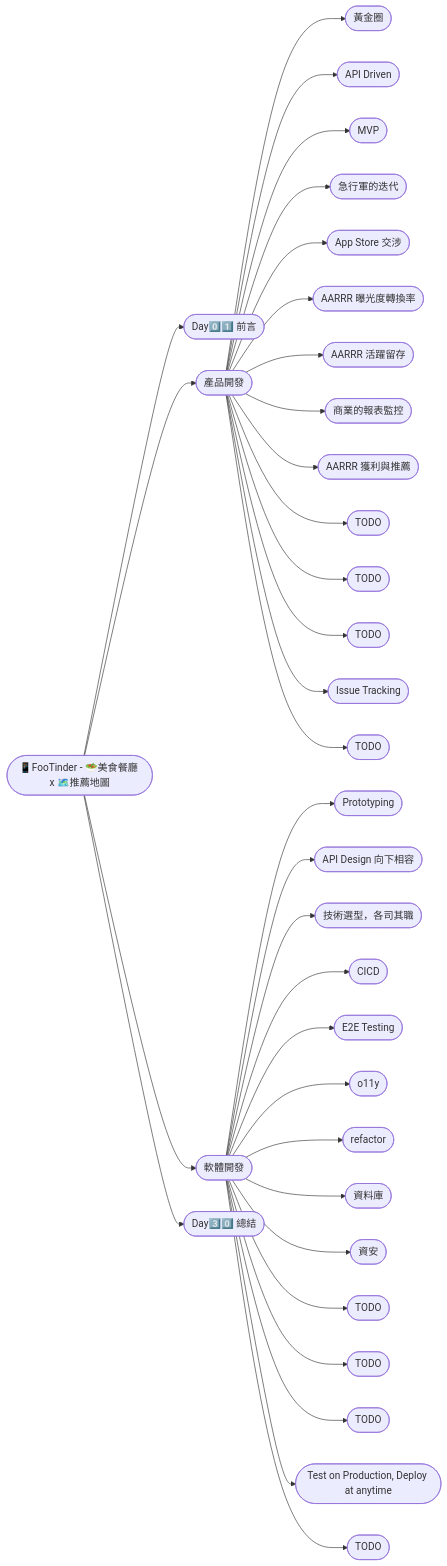
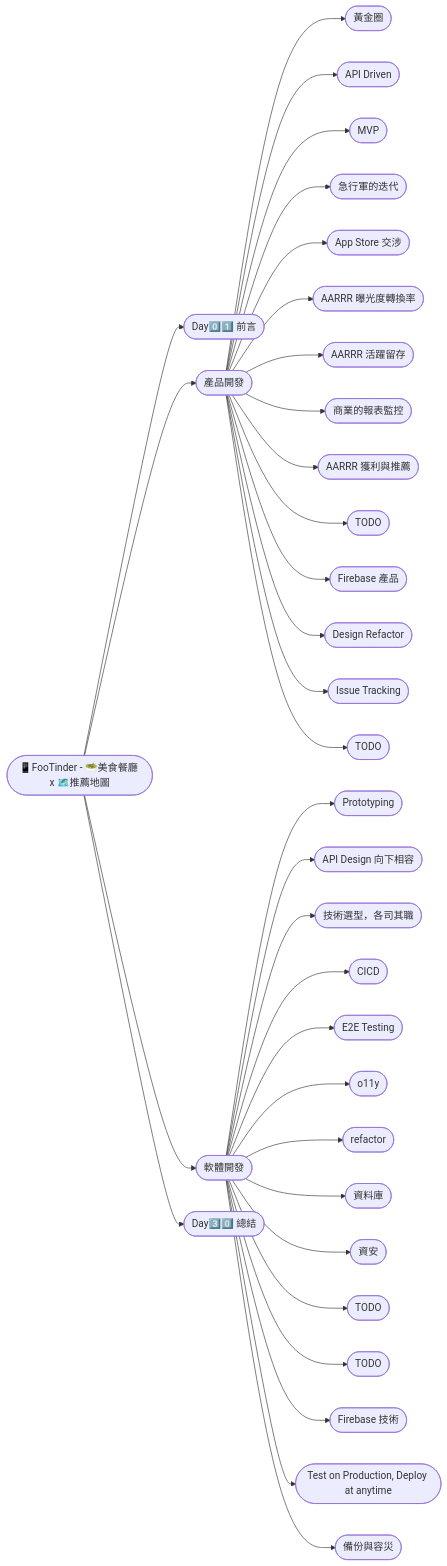
The diagram in README.md (PureFuncInc/FooTinder-iThome-2023), drawn with Mermaid before and after one commit.

Commit message:
#️⃣ Update README.md

````diff
--- a/README.md
+++ b/README.md
@@ -4,35 +4,35 @@
 ```mermaid
 graph LR;
 id0(["📱FooTinder - 🥗美食餐廳 x 🗺️推薦地圖"])-->id1(["Day0️⃣1️⃣ 前言"]);
 id0(["📱FooTinder - 🥗美食餐廳 x 🗺️推薦地圖"])-->id200(["產品開發"]);
 id200(["產品開發"])-->id2(["黃金圈"])
 id200(["產品開發"])-->id4(["API Driven"])
 id200(["產品開發"])-->id6(["MVP"])
 id200(["產品開發"])-->id8(["急行軍的迭代"])
 id200(["產品開發"])-->id10(["App Store 交涉"])
 id200(["產品開發"])-->id12(["AARRR 曝光度轉換率"])
 id200(["產品開發"])-->id14(["AARRR 活躍留存"])
 id200(["產品開發"])-->id16(["商業的報表監控"])
 id200(["產品開發"])-->id18(["AARRR 獲利與推薦"])
 id200(["產品開發"])-->id20(["TODO"])
-id200(["產品開發"])-->id22(["TODO"])
-id200(["產品開發"])-->id24(["TODO"])
+id200(["產品開發"])-->id22(["Firebase 產品"])
+id200(["產品開發"])-->id24(["Design Refactor"])
 id200(["產品開發"])-->id26(["Issue Tracking"])
 id200(["產品開發"])-->id28(["TODO"])
 id0(["📱FooTinder - 🥗美食餐廳 x 🗺️推薦地圖"])-->id300(["軟體開發"]);
 id300(["軟體開發"])-->id3(["Prototyping"])
 id300(["軟體開發"])-->id5(["API Design 向下相容"])
 id300(["軟體開發"])-->id7(["技術選型，各司其職"])
 id300(["軟體開發"])-->id9(["CICD"])
 id300(["軟體開發"])-->id11(["E2E Testing"])
 id300(["軟體開發"])-->id13(["o11y"])
 id300(["軟體開發"])-->id15(["refactor"])
 id300(["軟體開發"])-->id17(["資料庫"])
 id300(["軟體開發"])-->id19(["資安"])
 id300(["軟體開發"])-->id21(["TODO"])
 id300(["軟體開發"])-->id23(["TODO"])
-id300(["軟體開發"])-->id25(["TODO"])
+id300(["軟體開發"])-->id25(["Firebase 技術"])
 id300(["軟體開發"])-->id27(["Test on Production, Deploy at anytime"])
-id300(["軟體開發"])-->id29(["TODO"])
+id300(["軟體開發"])-->id29(["備份與容災"])
 id0(["📱FooTinder - 🥗美食餐廳 x 🗺️推薦地圖"])-->id30(["Day3️⃣0️⃣ 總結"]);
 ```
````
